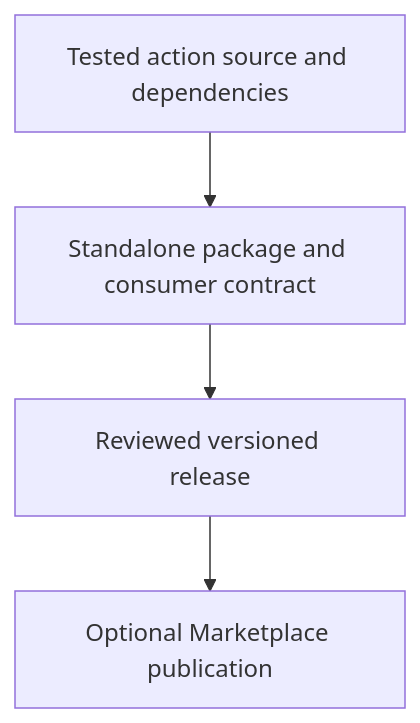
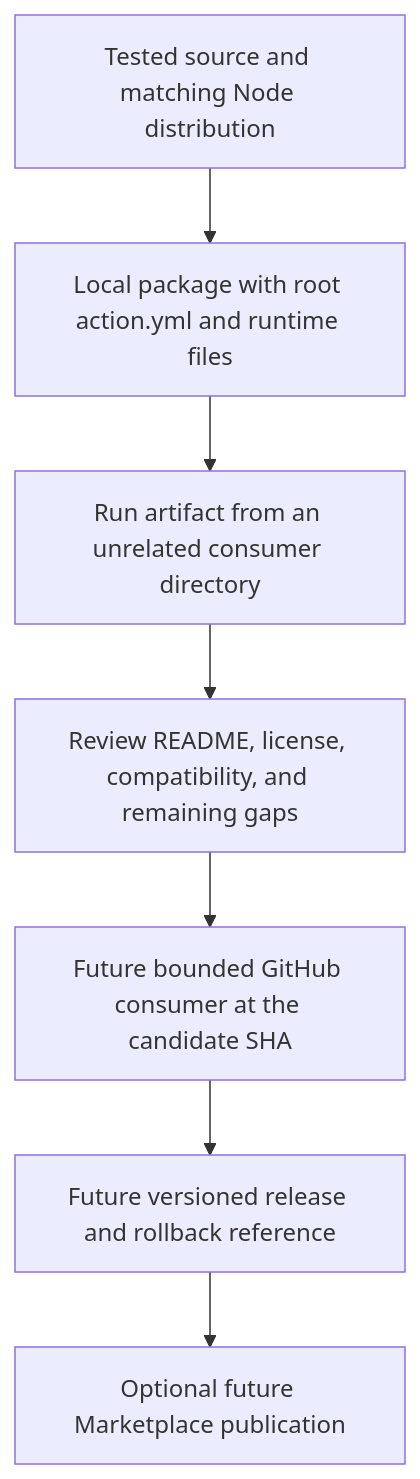
One commit to Rohit1024/actions-learn changed the diagram in docs/lessons/0060-own-action-release-and-marketplace.md. Above: the diagram before and after it, drawn with Mermaid. The commit also changed other lines of this file and 228 other files, not shown here.

````diff
--- a/docs/lessons/0060-own-action-release-and-marketplace.md
+++ b/docs/lessons/0060-own-action-release-and-marketplace.md
@@ -46,6 +33,9 @@
 ```mermaid
 flowchart TD
-    A["Tested action source and dependencies"] --> B["Standalone package and consumer contract"]
-    B --> C["Reviewed versioned release"]
-    C --> D["Optional Marketplace publication"]
+    Tests["Tested source and matching Node distribution"] --> Package["Local package with root action.yml and runtime files"]
+    Package --> Smoke["Run artifact from an unrelated consumer directory"]
+    Smoke --> Review["Review README, license, compatibility, and remaining gaps"]
+    Review --> Gate["Future bounded GitHub consumer at the candidate SHA"]
+    Gate --> Version["Future versioned release and rollback reference"]
+    Version --> Listing["Optional future Marketplace publication"]
 ```
````
